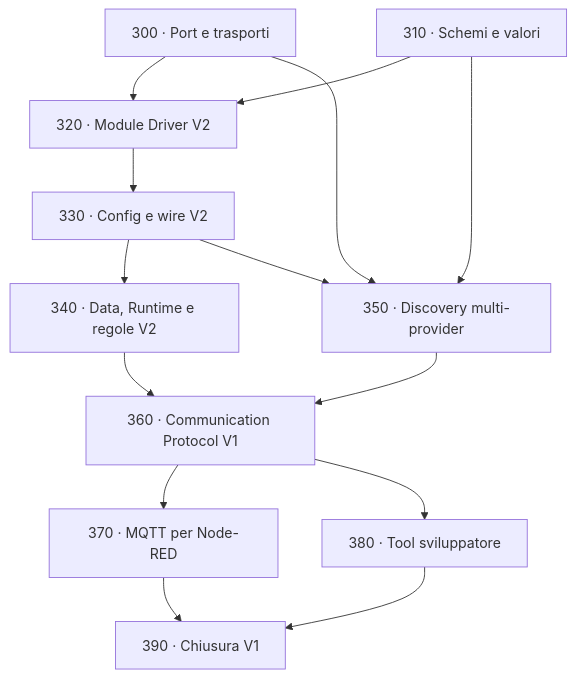
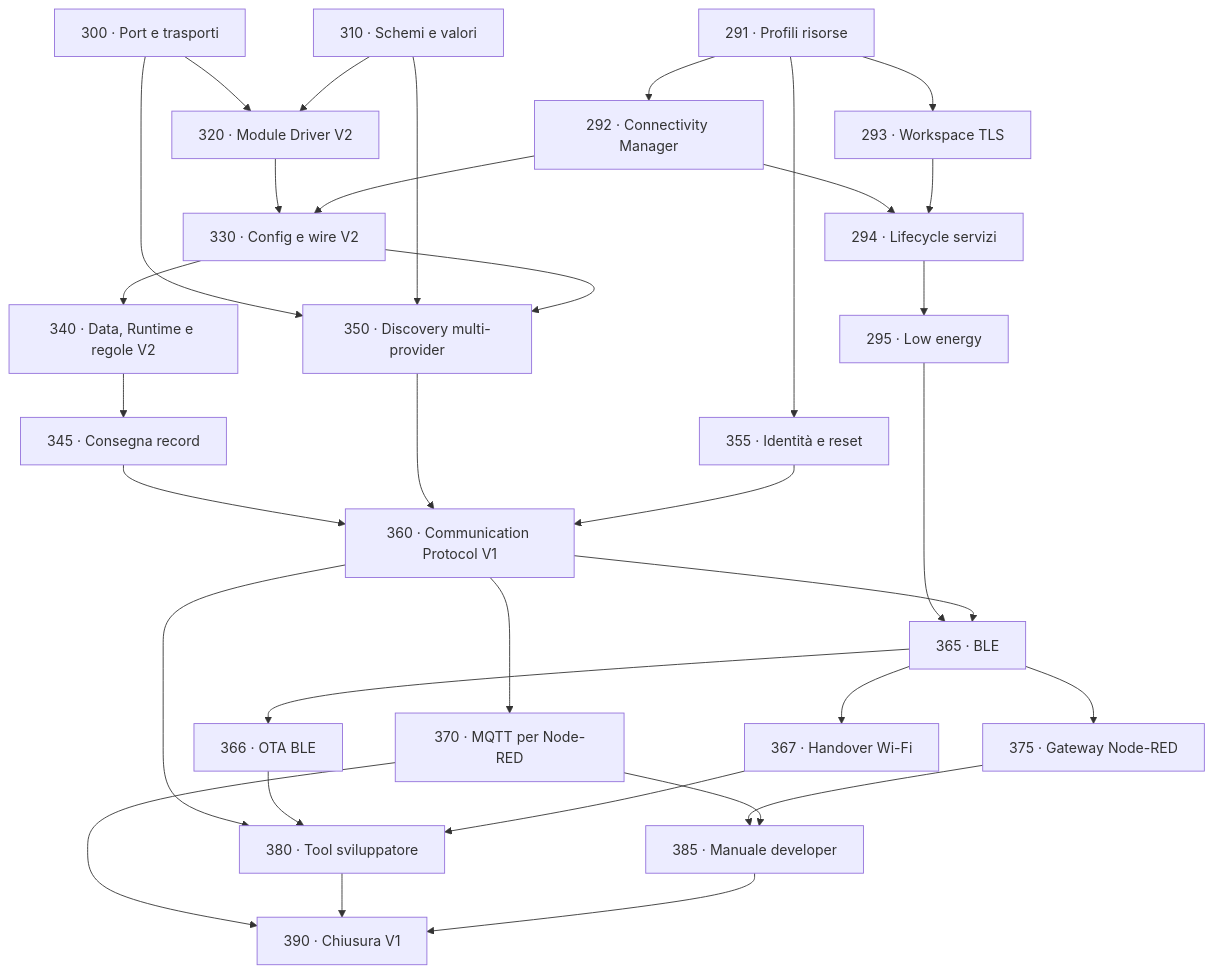
Before and after one commit to andreapiccini/SpaghettiLAB: the diagram in Firmware/core/roadmap/V1-PLATFORM-CLOSURE.md, drawn with Mermaid. The commit also changed other lines of this file and 30 other files, not shown here.

````diff
--- a/Firmware/core/roadmap/V1-PLATFORM-CLOSURE.md
+++ b/Firmware/core/roadmap/V1-PLATFORM-CLOSURE.md
@@ -63,16 +73,35 @@
 ```mermaid
 flowchart TD
+    P291["291 · Profili risorse"] --> P292["292 · Connectivity Manager"]
+    P291 --> P293["293 · Workspace TLS"]
+    P291 --> P355["355 · Identità e reset"]
+    P292 --> P294["294 · Lifecycle servizi"]
+    P293 --> P294
+    P294 --> P295["295 · Low energy"]
     P300["300 · Port e trasporti"] --> P320["320 · Module Driver V2"]
     P310["310 · Schemi e valori"] --> P320
     P320 --> P330["330 · Config e wire V2"]
+    P292 --> P330
     P330 --> P340["340 · Data, Runtime e regole V2"]
+    P340 --> P345["345 · Consegna record"]
     P300 --> P350["350 · Discovery multi-provider"]
     P310 --> P350
     P330 --> P350
-    P340 --> P360["360 · Communication Protocol V1"]
+    P345 --> P360["360 · Communication Protocol V1"]
     P350 --> P360
+    P355 --> P360
+    P295 --> P365
+    P360 --> P365["365 · BLE"]
+    P365 --> P366["366 · OTA BLE"]
+    P365 --> P367["367 · Handover Wi-Fi"]
     P360 --> P370["370 · MQTT per Node-RED"]
+    P365 --> P375["375 · Gateway Node-RED"]
     P360 --> P380["380 · Tool sviluppatore"]
+    P366 --> P380
+    P367 --> P380
+    P375 --> P385["385 · Manuale developer"]
+    P370 --> P385
     P370 --> P390["390 · Chiusura V1"]
     P380 --> P390
+    P385 --> P390
 ```
````
